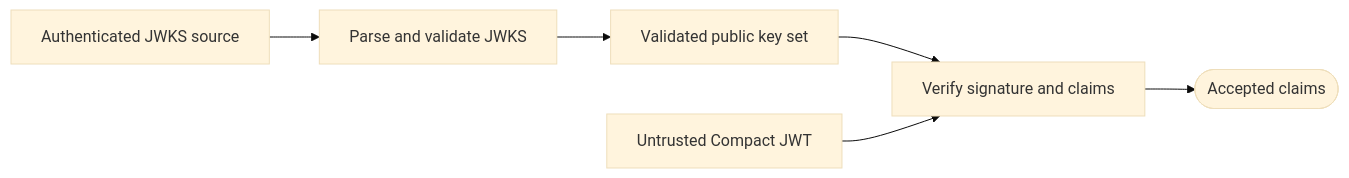
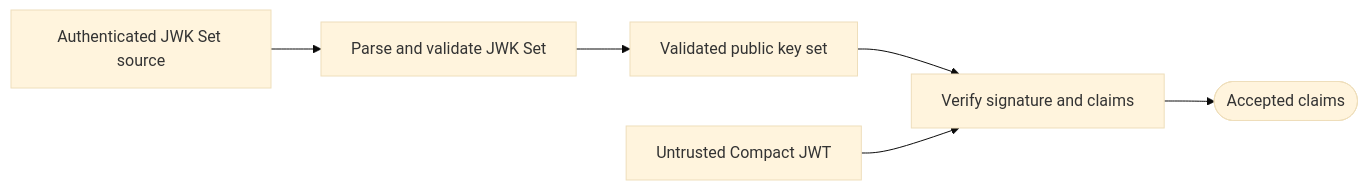
Diagram 18 of 20 in DESIGN.md (mkbeh/xjose), drawn with Mermaid (base theme) before and after one commit. The commit also changed other lines of this file and 25 other files, not shown here.

Commit message:
refactor(jwk)!: merge JWK Set support into jwk module

````diff
--- a/DESIGN.md
+++ b/DESIGN.md
@@ -668,14 +652,14 @@
 ```mermaid
 flowchart LR
-    Source[Authenticated JWKS source]
-    Parse[Parse and validate JWKS]
+    Source[Authenticated JWK Set source]
+    Parse[Parse and validate JWK Set]
     Keys[Validated public key set]
     Token[Untrusted Compact JWT]
     Verify[Verify signature and claims]
     Result([Accepted claims])
     Source --> Parse
     Parse --> Keys
     Keys --> Verify
     Token --> Verify
     Verify --> Result
 ```
````
